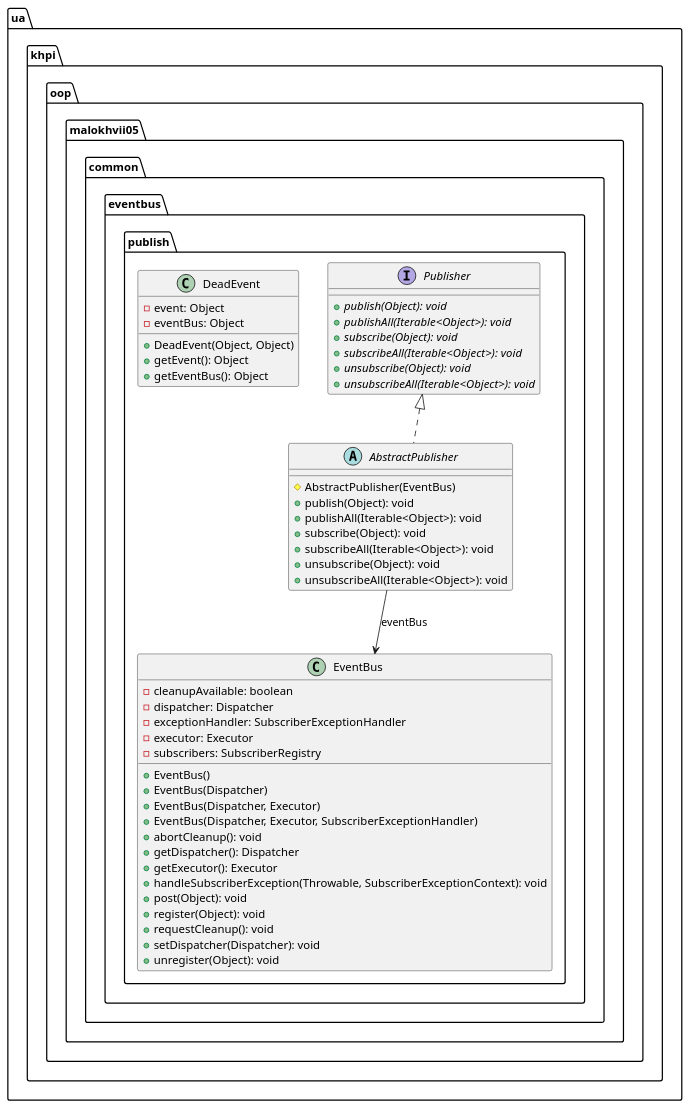
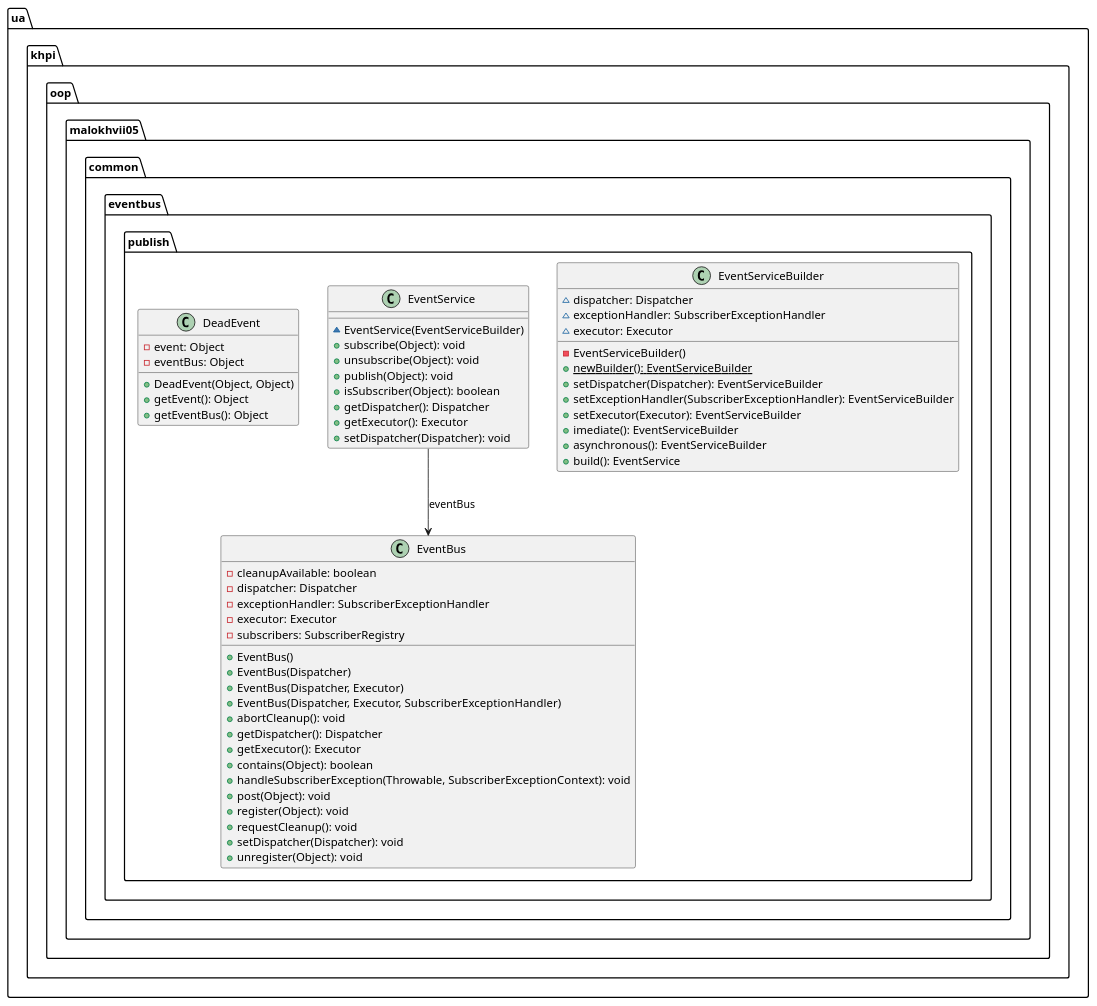
Before and after one commit to P-Kalin/kit26a: the diagram in malokhvii-eduard/malokhvii05/doc/plantuml/ua/khpi/oop/malokhvii05/common/eventbus/publish/package.puml, drawn with PlantUML. The commit also changed 53 other files, not shown here.

Commit message:
#3, #9 malokhvii05: update graphs

```diff
--- a/malokhvii-eduard/malokhvii05/doc/plantuml/ua/khpi/oop/malokhvii05/common/eventbus/publish/package.puml
+++ b/malokhvii-eduard/malokhvii05/doc/plantuml/ua/khpi/oop/malokhvii05/common/eventbus/publish/package.puml
@@ -1,59 +1,64 @@
 @startuml
 
     namespace ua.khpi.oop.malokhvii05.common.eventbus.publish {
 
-        interface Publisher {
-            {abstract} +publish(Object): void
-            {abstract} +publishAll(Iterable<Object>): void
-            {abstract} +subscribe(Object): void
-            {abstract} +subscribeAll(Iterable<Object>): void
-            {abstract} +unsubscribe(Object): void
-            {abstract} +unsubscribeAll(Iterable<Object>): void
+        class EventServiceBuilder {
+            ~dispatcher: Dispatcher
+            ~exceptionHandler: SubscriberExceptionHandler
+            ~executor: Executor
+            -EventServiceBuilder()
+            {static} +newBuilder(): EventServiceBuilder
+            +setDispatcher(Dispatcher): EventServiceBuilder
+            +setExceptionHandler(SubscriberExceptionHandler): EventServiceBuilder
+            +setExecutor(Executor): EventServiceBuilder
+            +imediate(): EventServiceBuilder
+            +asynchronous(): EventServiceBuilder
+            +build(): EventService
+        }
+
+        class EventService {
+            ~EventService(EventServiceBuilder)
+            +subscribe(Object): void
+            +unsubscribe(Object): void
+            +publish(Object): void
+            +isSubscriber(Object): boolean
+            +getDispatcher(): Dispatcher
+            +getExecutor(): Executor
+            +setDispatcher(Dispatcher): void
         }
 
         class EventBus {
             -cleanupAvailable: boolean
             -dispatcher: Dispatcher
             -exceptionHandler: SubscriberExceptionHandler
             -executor: Executor
             -subscribers: SubscriberRegistry
             +EventBus()
             +EventBus(Dispatcher)
             +EventBus(Dispatcher, Executor)
             +EventBus(Dispatcher, Executor, SubscriberExceptionHandler)
             +abortCleanup(): void
             +getDispatcher(): Dispatcher
             +getExecutor(): Executor
+            +contains(Object): boolean
             +handleSubscriberException(Throwable, SubscriberExceptionContext): void
             +post(Object): void
             +register(Object): void
             +requestCleanup(): void
             +setDispatcher(Dispatcher): void
             +unregister(Object): void
         }
 
         class DeadEvent {
             -event: Object
             -eventBus: Object
             +DeadEvent(Object, Object)
             +getEvent(): Object
             +getEventBus(): Object
         }
 
-        abstract class AbstractPublisher {
-            #AbstractPublisher(EventBus)
-            +publish(Object): void
-            +publishAll(Iterable<Object>): void
-            +subscribe(Object): void
-            +subscribeAll(Iterable<Object>): void
-            +unsubscribe(Object): void
-            +unsubscribeAll(Iterable<Object>): void
-        }
-
-        Publisher <|.. AbstractPublisher
-
-        AbstractPublisher --> EventBus: eventBus
+        EventService --> EventBus: eventBus
 
     }
 
 @enduml
```
